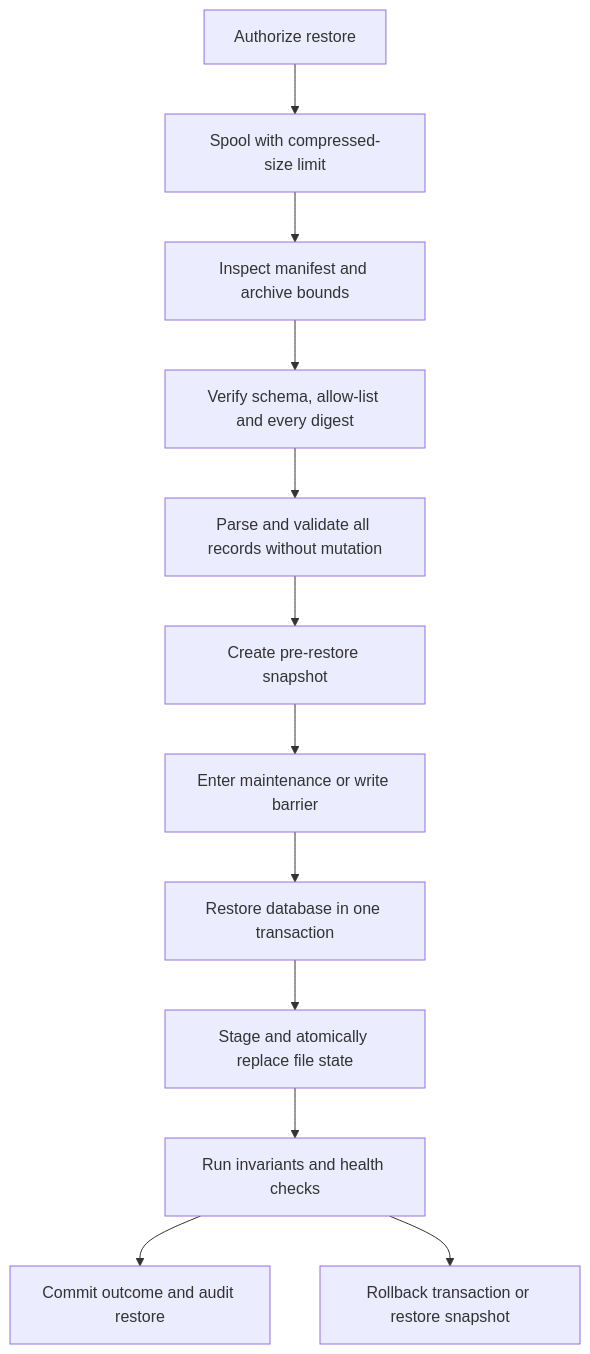
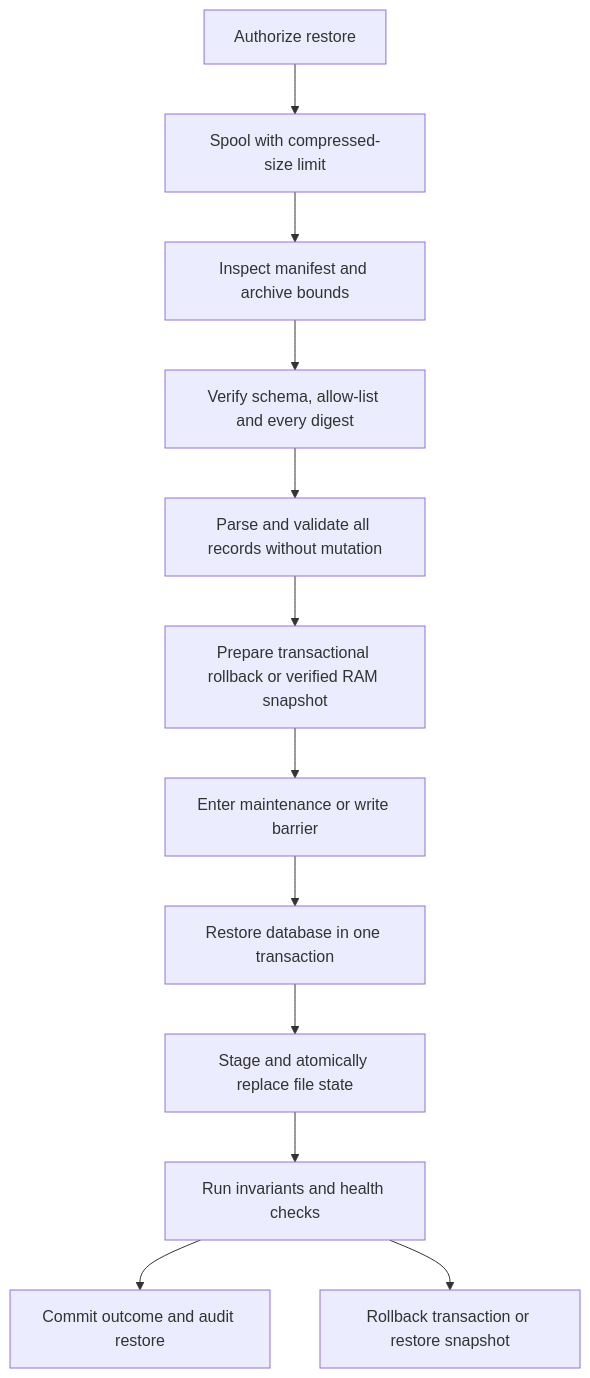
One commit to psewdon1m-exocortex/general changed the diagram in PART_03_BACKUP_AND_RECOVERY.md. Above: the diagram before and after it, drawn with Mermaid. The commit also changed other lines of this file and 19 other files, not shown here.

````diff
--- a/PART_03_BACKUP_AND_RECOVERY.md
+++ b/PART_03_BACKUP_AND_RECOVERY.md
@@ -189,14 +284,14 @@
 ```mermaid
 flowchart TD
     A["Authorize restore"] --> B["Spool with compressed-size limit"]
     B --> C["Inspect manifest and archive bounds"]
     C --> D["Verify schema, allow-list and every digest"]
     D --> E["Parse and validate all records without mutation"]
-    E --> F["Create pre-restore snapshot"]
+    E --> F["Prepare transactional rollback or verified RAM snapshot"]
     F --> G["Enter maintenance or write barrier"]
     G --> H["Restore database in one transaction"]
     H --> I["Stage and atomically replace file state"]
     I --> J["Run invariants and health checks"]
     J --> K["Commit outcome and audit restore"]
     J --> L["Rollback transaction or restore snapshot"]
 ```
````
